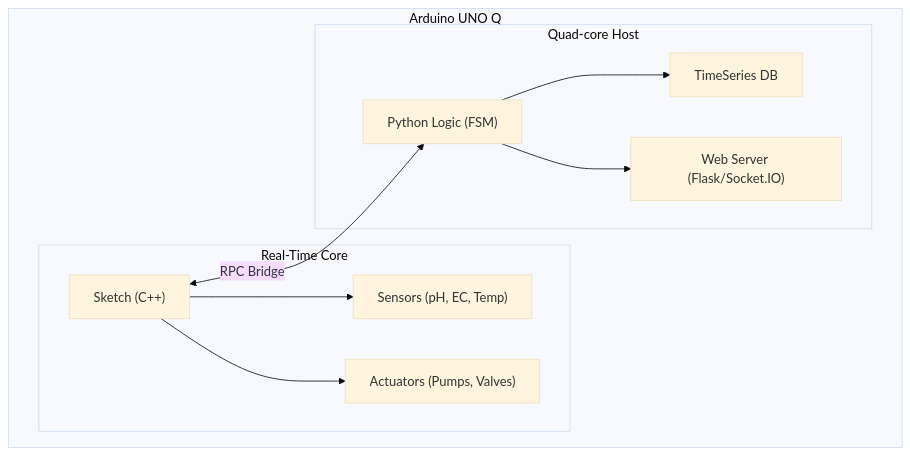
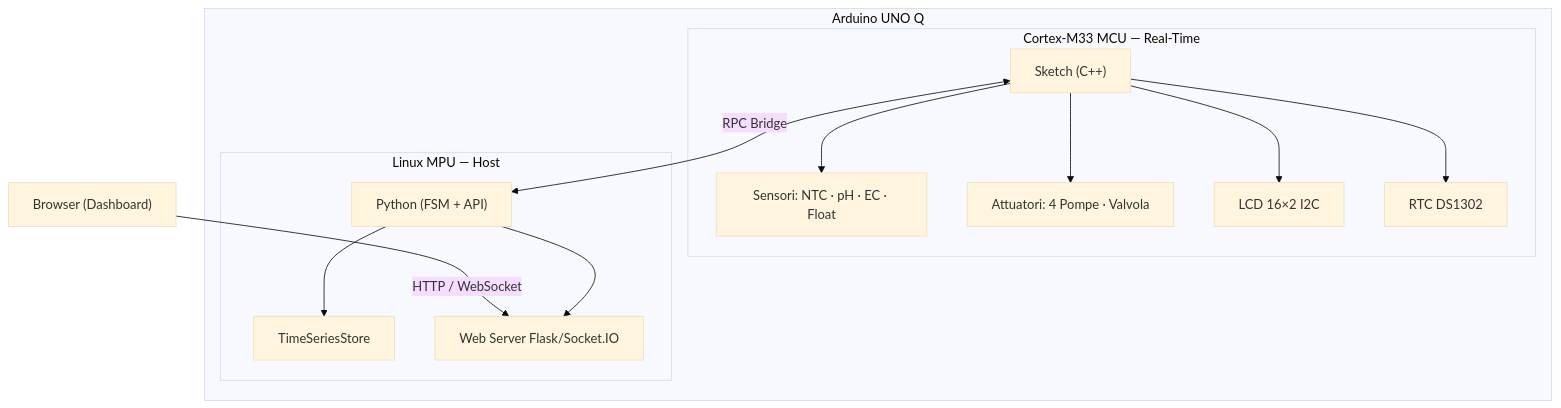
Before and after one commit to wmauti/MyHydroponic: the diagram in README.md, drawn with Mermaid (base theme). The commit also changed other lines of this file and 13 other files, not shown here.

````diff
--- a/README.md
+++ b/README.md
@@ -80,22 +91,28 @@
 ```mermaid
 graph TD
-    subgraph Arduino UNO Q
-        subgraph STM32 MCU [Real-Time Core]
+    subgraph "Arduino UNO Q"
+        subgraph "Cortex-M33 MCU — Real-Time"
             Sketch["Sketch (C++)"]
-            Sensors["Sensors (pH, EC, Temp)"]
-            Actuators["Actuators (Pumps, Valves)"]
+            Sensors["Sensori: NTC · pH · EC · Float"]
+            Actuators["Attuatori: 4 Pompe · Valvola"]
+            LCD["LCD 16×2 I2C"]
+            RTC["RTC DS1302"]
             Sketch --> Sensors
             Sketch --> Actuators
+            Sketch --> LCD
+            Sketch --> RTC
         end
 
-        subgraph Linux MPU [Quad-core Host]
-            Python["Python Logic (FSM)"]
-            DB["TimeSeries DB"]
-            WebUI["Web Server (Flask/Socket.IO)"]
+        subgraph "Linux MPU — Host"
+            Python["Python (FSM + API)"]
+            DB["TimeSeriesStore"]
+            WebUI["Web Server Flask/Socket.IO"]
             Python --> DB
             Python --> WebUI
         end
 
-        Sketch <-->|RPC Bridge| Python
+        Sketch <-->|"RPC Bridge"| Python
     end
+
+    Browser["Browser (Dashboard)"] -->|HTTP / WebSocket| WebUI
 ```
````
